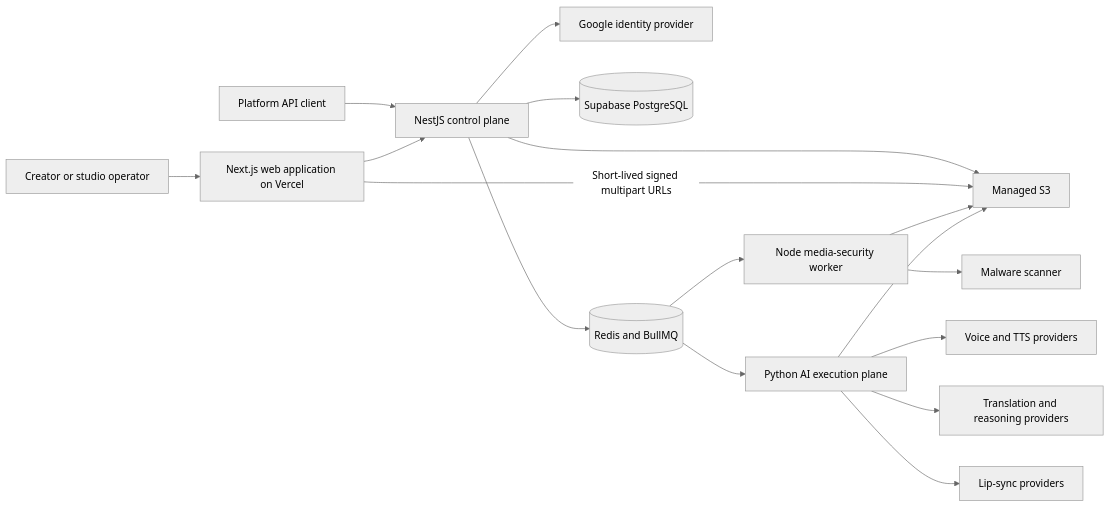
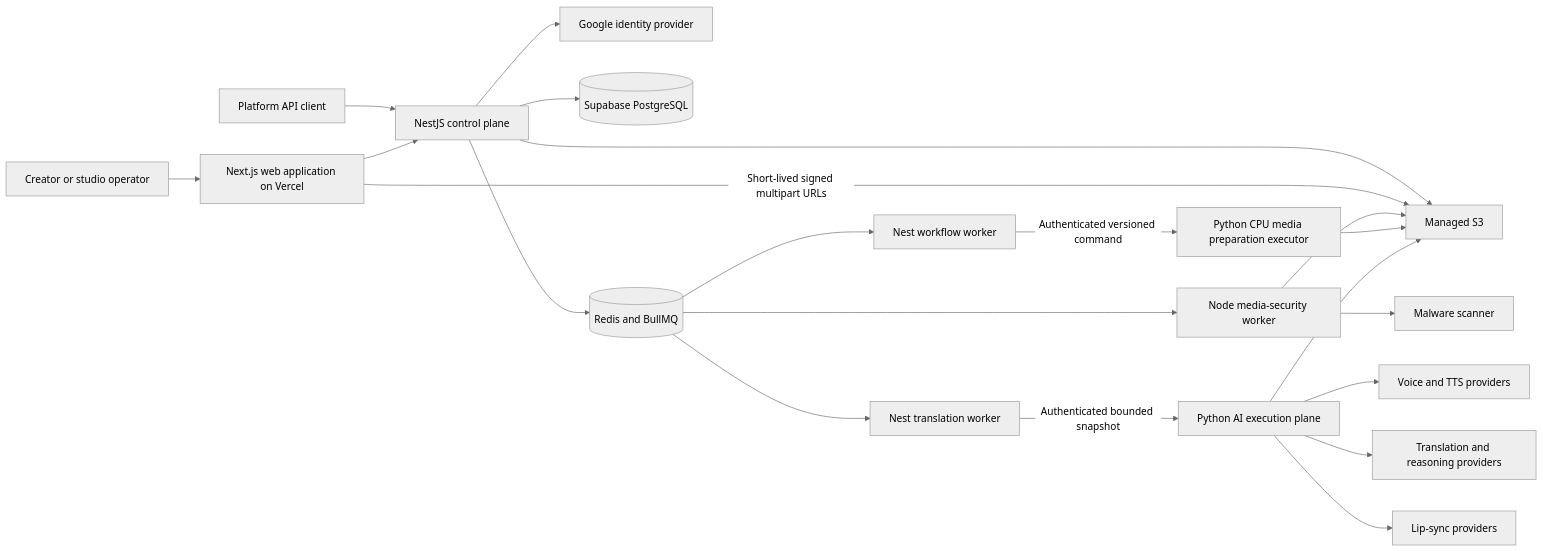
Before and after one commit to RahulRanjann/VoiceVerse-AI: the first of 7 diagrams in docs/architecture/system-context.md, drawn with Mermaid (neutral theme). The commit also changed other lines of this file and 239 other files, not shown here.

Commit message:
feat: implement speech analysis, localization modules, and Supabase authentication integration with associated database schemas and UI features.

````diff
--- a/docs/architecture/system-context.md
+++ b/docs/architecture/system-context.md
@@ -5,28 +5,33 @@
 ```mermaid
 flowchart LR
     Creator[Creator or studio operator]
     Partner[Platform API client]
     IdP[Google identity provider]
     TTS[Voice and TTS providers]
     LLM[Translation and reasoning providers]
     Lip[Lip-sync providers]
     S3[Managed S3]
     Scanner[Malware scanner]
+    MediaPrep[Python CPU media preparation executor]
 
     Creator --> Web[Next.js web application on Vercel]
     Partner --> API[NestJS control plane]
     Web --> API
     API --> IdP
     API --> DB[(Supabase PostgreSQL)]
     API --> Queue[(Redis and BullMQ)]
     API --> S3
     Web -->|Short-lived signed multipart URLs| S3
     Queue --> Worker[Node media-security worker]
     Worker --> S3
     Worker --> Scanner
-    Queue --> AI[Python AI execution plane]
+    Queue --> WorkflowWorker[Nest workflow worker]
+    WorkflowWorker -->|Authenticated versioned command| MediaPrep
+    MediaPrep --> S3
+    Queue --> TranslationWorker[Nest translation worker]
+    TranslationWorker -->|Authenticated bounded snapshot| AI[Python AI execution plane]
     AI --> S3
     AI --> TTS
     AI --> LLM
     AI --> Lip
 ```
````
